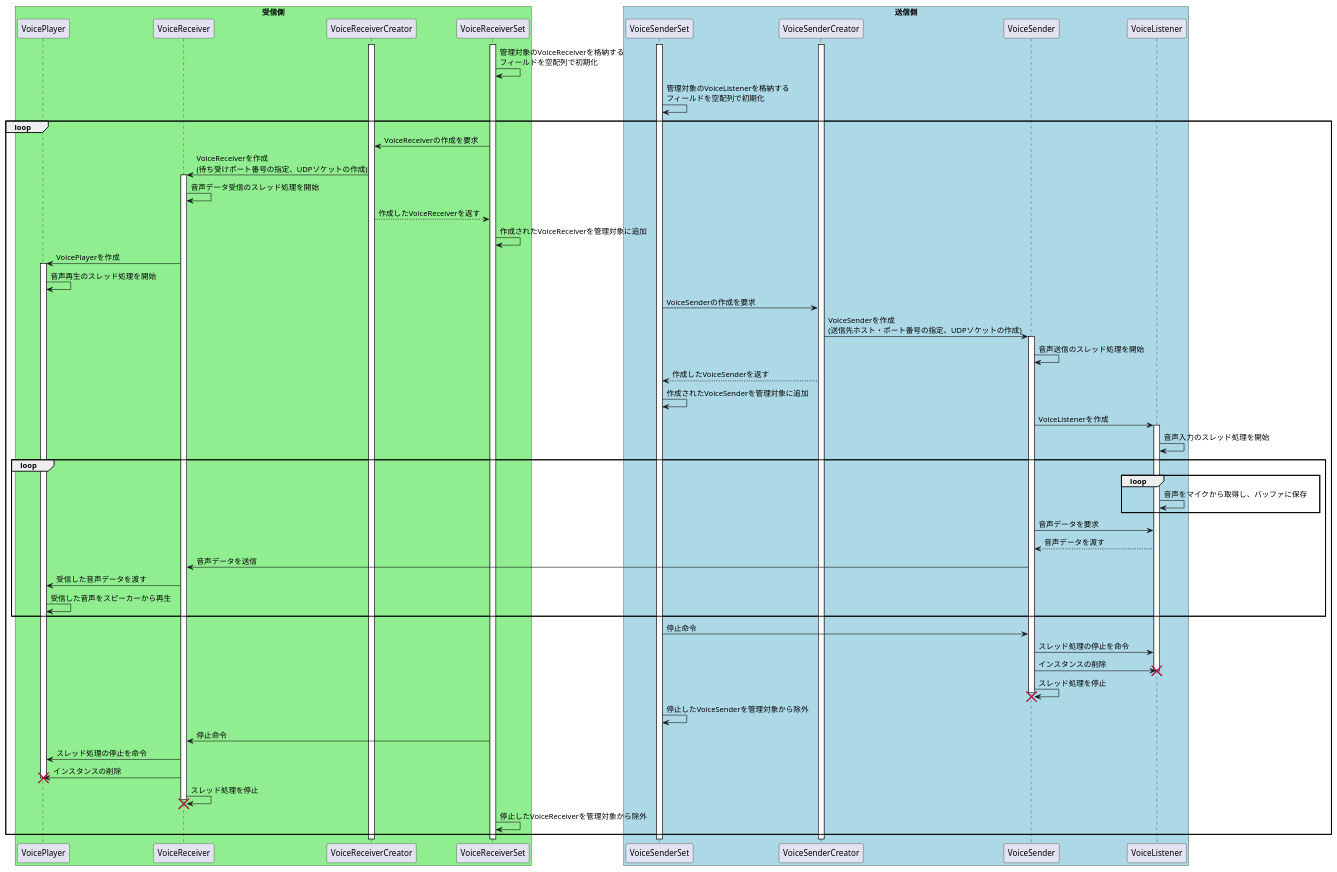
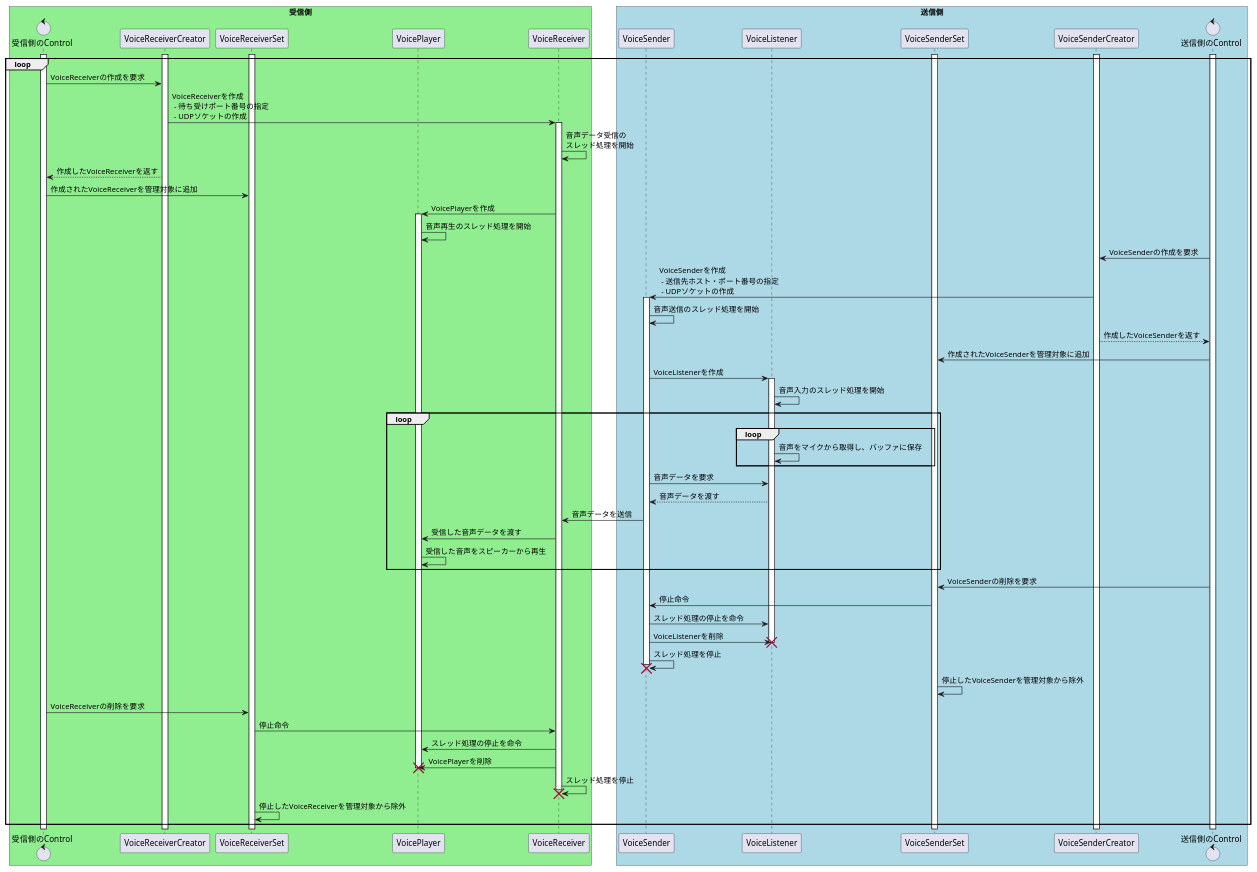
Before and after one commit to TOMOFUMI-KONDO/voice-transfer: the diagram in diagram/sequence.puml, drawn with PlantUML. The commit also changed 3 other files, not shown here.

Commit message:
Updated diagrams

```diff
--- a/diagram/sequence.puml
+++ b/diagram/sequence.puml
@@ -1,82 +1,86 @@
 @startuml
 
 skinparam boxPadding 20
 
 box "受信側" #LightGreen
+control 受信側のControl
+participant VoiceReceiverCreator
+participant VoiceReceiverSet
 participant VoicePlayer
 participant VoiceReceiver
-participant VoiceReceiverCreator
-participant VoiceReceiverSet
 end box
 
 box "送信側" #LightBlue
+participant VoiceSender
+participant VoiceListener
 participant VoiceSenderSet
 participant VoiceSenderCreator
-participant VoiceSender
-participant VoiceListener
+control 送信側のControl
 end box
 
 ' 初期化
+activate 受信側のControl
 activate VoiceReceiverSet
 activate VoiceReceiverCreator
+activate 送信側のControl
 activate VoiceSenderSet
 activate VoiceSenderCreator
-VoiceReceiverSet -> VoiceReceiverSet: 管理対象のVoiceReceiverを格納する\nフィールドを空配列で初期化
-VoiceSenderSet -> VoiceSenderSet: 管理対象のVoiceListenerを格納する\nフィールドを空配列で初期化
 
 loop
     ' 受信準備
-    VoiceReceiverSet -> VoiceReceiverCreator: VoiceReceiverの作成を要求
-    VoiceReceiverCreator -> VoiceReceiver: VoiceReceiverを作成\n(待ち受けポート番号の指定、UDPソケットの作成)
+    受信側のControl -> VoiceReceiverCreator: VoiceReceiverの作成を要求
+    VoiceReceiverCreator -> VoiceReceiver: VoiceReceiverを作成\n - 待ち受けポート番号の指定\n - UDPソケットの作成
     activate VoiceReceiver
-    VoiceReceiver -> VoiceReceiver: 音声データ受信のスレッド処理を開始
-    VoiceReceiverSet <-- VoiceReceiverCreator: 作成したVoiceReceiverを返す
-    VoiceReceiverSet -> VoiceReceiverSet: 作成されたVoiceReceiverを管理対象に追加
+    VoiceReceiver -> VoiceReceiver: 音声データ受信の\nスレッド処理を開始
+    受信側のControl <-- VoiceReceiverCreator: 作成したVoiceReceiverを返す
+    受信側のControl -> VoiceReceiverSet: 作成されたVoiceReceiverを管理対象に追加
     VoiceReceiver -> VoicePlayer: VoicePlayerを作成
     activate VoicePlayer
     VoicePlayer -> VoicePlayer: 音声再生のスレッド処理を開始
 
     ' 送信準備
-    VoiceSenderSet -> VoiceSenderCreator: VoiceSenderの作成を要求
-    VoiceSenderCreator -> VoiceSender: VoiceSenderを作成\n(送信先ホスト・ポート番号の指定、UDPソケットの作成)
+    送信側のControl -> VoiceSenderCreator: VoiceSenderの作成を要求
+    VoiceSenderCreator -> VoiceSender: VoiceSenderを作成\n - 送信先ホスト・ポート番号の指定 \n - UDPソケットの作成
     activate VoiceSender
     VoiceSender -> VoiceSender: 音声送信のスレッド処理を開始
-    VoiceSenderSet <-- VoiceSenderCreator: 作成したVoiceSenderを返す
-    VoiceSenderSet -> VoiceSenderSet: 作成されたVoiceSenderを管理対象に追加
+    送信側のControl <-- VoiceSenderCreator: 作成したVoiceSenderを返す
+    送信側のControl -> VoiceSenderSet: 作成されたVoiceSenderを管理対象に追加
     VoiceSender -> VoiceListener: VoiceListenerを作成
     activate VoiceListener
     VoiceListener -> VoiceListener: 音声入力のスレッド処理を開始
 
     ' 送受信処理
     loop
         loop
             VoiceListener -> VoiceListener: 音声をマイクから取得し、バッファに保存
         end
         VoiceSender -> VoiceListener: 音声データを要求
         VoiceSender <-- VoiceListener: 音声データを渡す
         VoiceSender -> VoiceReceiver: 音声データを送信
 
         VoiceReceiver -> VoicePlayer: 受信した音声データを渡す
         VoicePlayer -> VoicePlayer: 受信した音声をスピーカーから再生
     end
 
     ' 送信終了処理
+    送信側のControl -> VoiceSenderSet: VoiceSenderの削除を要求
     VoiceSenderSet -> VoiceSender: 停止命令
     VoiceSender -> VoiceListener: スレッド処理の停止を命令
-    VoiceSender -> VoiceListener: インスタンスの削除
+    VoiceSender -> VoiceListener: VoiceListenerを削除
     destroy VoiceListener
     VoiceSender -> VoiceSender: スレッド処理を停止
     destroy VoiceSender
     VoiceSenderSet -> VoiceSenderSet: 停止したVoiceSenderを管理対象から除外
 
     ' 受信終了処理
+    受信側のControl -> VoiceReceiverSet: VoiceReceiverの削除を要求
     VoiceReceiverSet -> VoiceReceiver: 停止命令
     VoiceReceiver -> VoicePlayer: スレッド処理の停止を命令
-    VoiceReceiver -> VoicePlayer: インスタンスの削除
+    VoiceReceiver -> VoicePlayer: VoicePlayerを削除
     destroy VoicePlayer
     VoiceReceiver -> VoiceReceiver: スレッド処理を停止
     destroy VoiceReceiver
     VoiceReceiverSet -> VoiceReceiverSet: 停止したVoiceReceiverを管理対象から除外
 end
 
 @enduml
```
